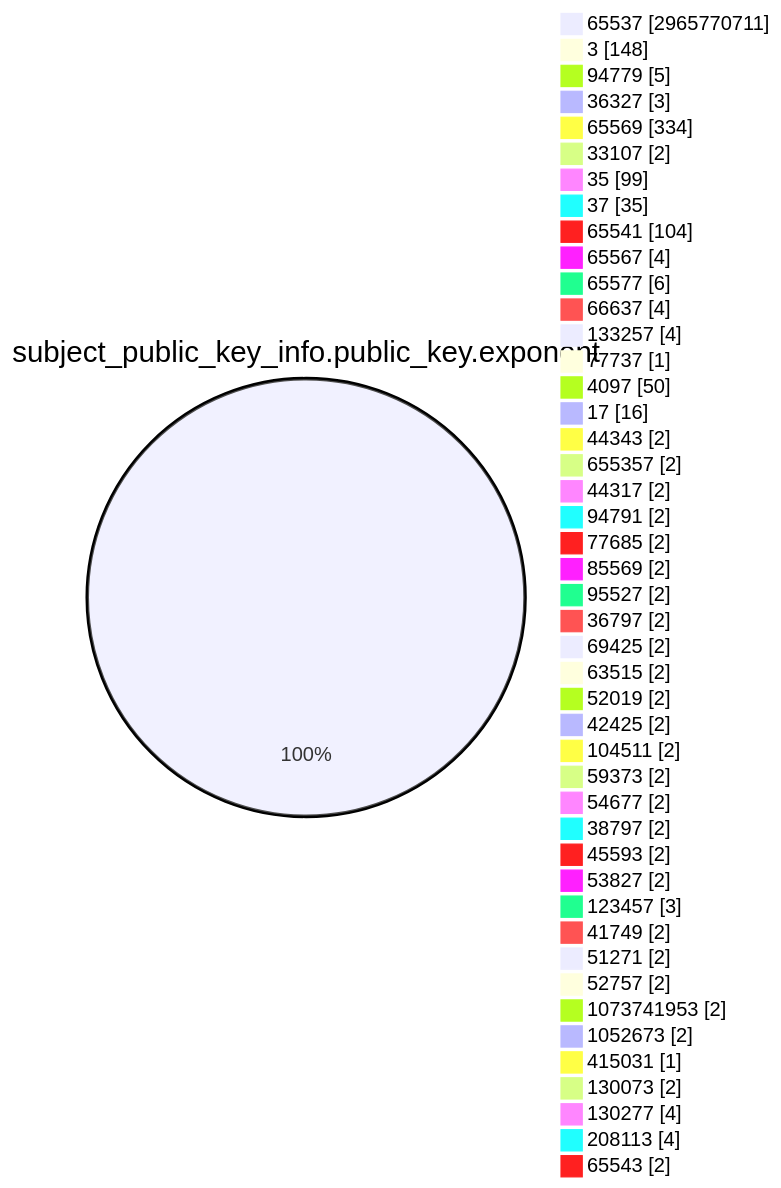
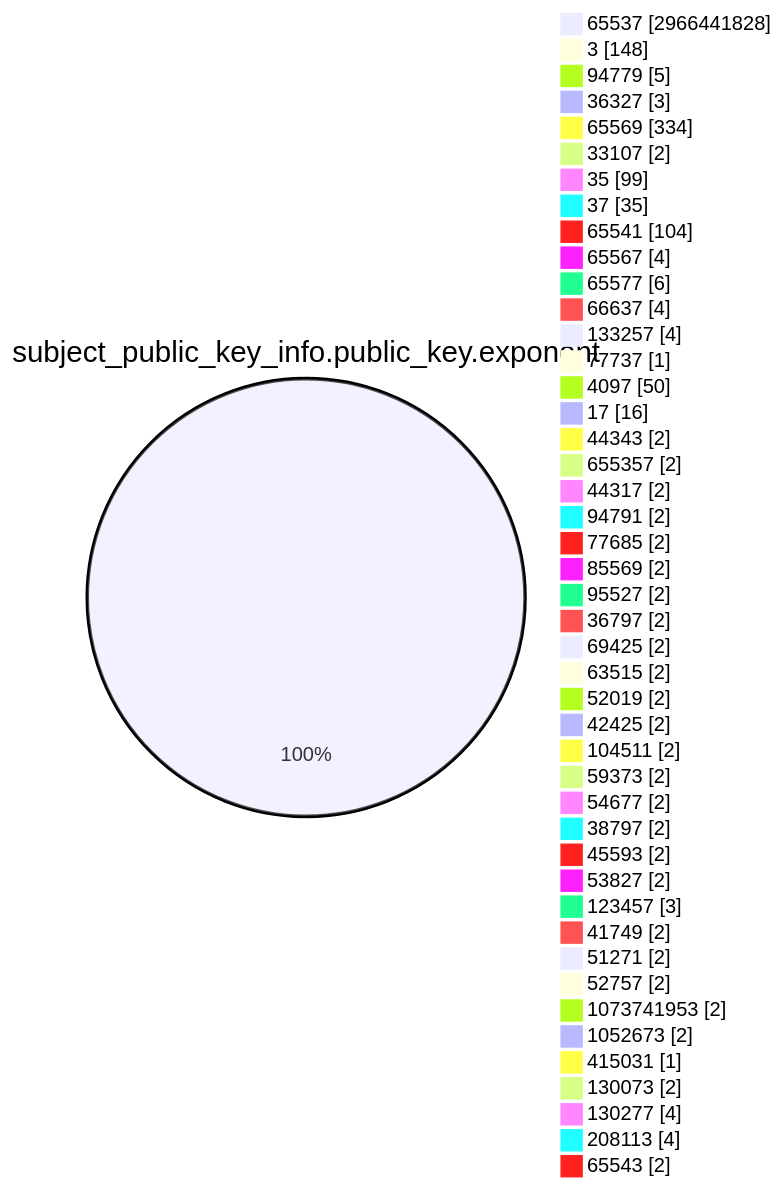
One commit to christiankrug/ctmonitor_visualization changed the fourth of 15 diagrams in TOTAL/README.md. Above: the diagram before and after it, drawn with Mermaid. The commit also changed other lines of this file, not shown here.

````diff
--- a/TOTAL/README.md
+++ b/TOTAL/README.md
@@ -1471,49 +1471,49 @@
 ```mermaid
 pie showData
 title subject_public_key_info.public_key.exponent
-"65537" :2965770711
+"65537" :2966441828
 "3" :148
 "94779" :5
 "36327" :3
 "65569" :334
 "33107" :2
 "35" :99
 "37" :35
 "65541" :104
 "65567" :4
 "65577" :6
 "66637" :4
 "133257" :4
 "77737" :1
 "4097" :50
 "17" :16
 "44343" :2
 "655357" :2
 "44317" :2
 "94791" :2
 "77685" :2
 "85569" :2
 "95527" :2
 "36797" :2
 "69425" :2
 "63515" :2
 "52019" :2
 "42425" :2
 "104511" :2
 "59373" :2
 "54677" :2
 "38797" :2
 "45593" :2
 "53827" :2
 "123457" :3
 "41749" :2
 "51271" :2
 "52757" :2
 "1073741953" :2
 "1052673" :2
 "415031" :1
 "130073" :2
 "130277" :4
 "208113" :4
 "65543" :2
 ```
````
